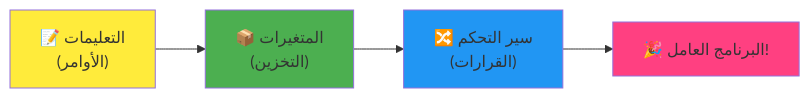
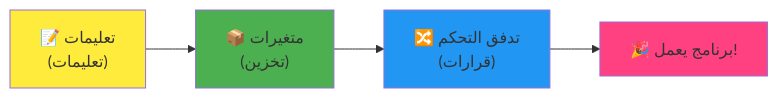
Before and after one commit to microsoft/Web-Dev-For-Beginners: the fourth of 7 diagrams in translations/ar/1-getting-started-lessons/1-intro-to-programming-languages/README.md, drawn with Mermaid. The commit also changed other lines of this file and 8 other files, not shown here.

````diff
--- a/translations/ar/1-getting-started-lessons/1-intro-to-programming-languages/README.md
+++ b/translations/ar/1-getting-started-lessons/1-intro-to-programming-languages/README.md
@@ -466,9 +465,9 @@
 ```mermaid
 flowchart LR
-    A["📝 التعليمات<br/>(الأوامر)"] --> B["📦 المتغيرات<br/>(التخزين)"] --> C["🔀 سير التحكم<br/>(القرارات)"] --> D["🎉 البرنامج العامل!"]
+    A["📝 تعليمات<br/>(تعليمات)"] --> B["📦 متغيرات<br/>(تخزين)"] --> C["🔀 تدفق التحكم<br/>(قرارات)"] --> D["🎉 برنامج يعمل!"]
     
     style A fill:#ffeb3b
     style B fill:#4caf50
     style C fill:#2196f3
     style D fill:#ff4081
-```  
+```
````
